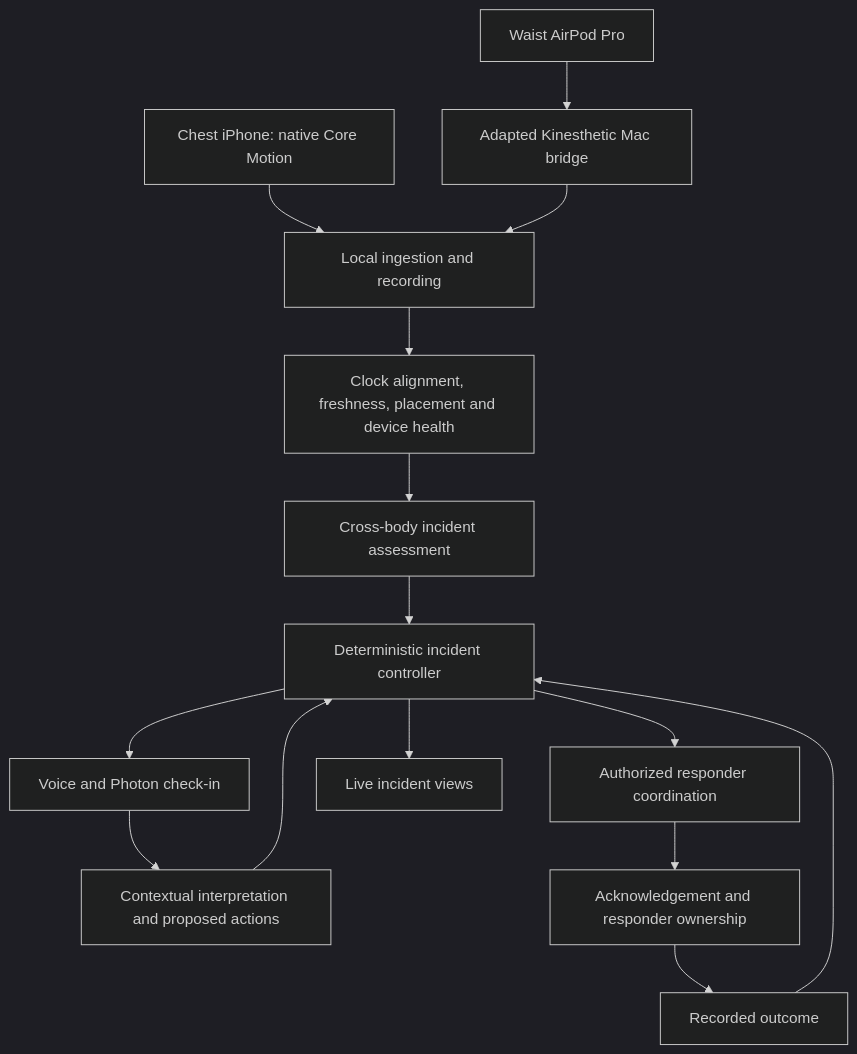
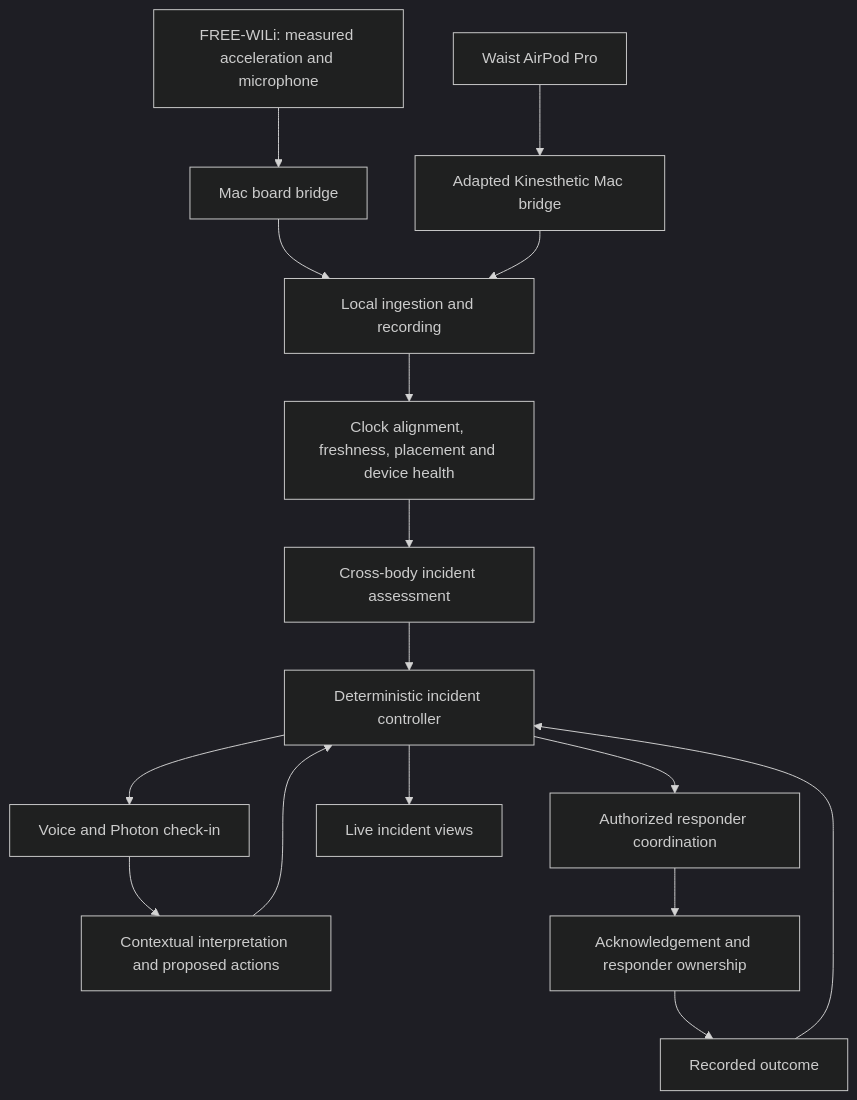
Before and after one commit to Taz33m/mhacks: the diagram in docs/LIFELINE-reference-architecture.md, drawn with Mermaid (dark theme). The commit also changed other lines of this file and 5 other files, not shown here.

Commit message:
docs: plan FREE-WILi migration and structured patient records

````diff
--- a/docs/LIFELINE-reference-architecture.md
+++ b/docs/LIFELINE-reference-architecture.md
@@ -32,17 +32,18 @@
 ```mermaid
 flowchart TD
-    Phone[Chest iPhone: native Core Motion] --> Edge[Local ingestion and recording]
+    Wili[FREE-WILi: measured acceleration and microphone] --> DeviceBridge[Mac board bridge]
+    DeviceBridge --> Edge[Local ingestion and recording]
     Bud[Waist AirPod Pro] --> Bridge[Adapted Kinesthetic Mac bridge]
     Bridge --> Edge
     Edge --> Alignment[Clock alignment, freshness, placement and device health]
     Alignment --> Assessment[Cross-body incident assessment]
     Assessment --> Controller[Deterministic incident controller]
     Controller --> Verify[Voice and Photon check-in]
     Verify --> Interpretation[Contextual interpretation and proposed actions]
     Interpretation --> Controller
     Controller --> Actions[Authorized responder coordination]
     Actions --> Ownership[Acknowledgement and responder ownership]
     Ownership --> Outcome[Recorded outcome]
     Outcome --> Controller
     Controller --> Views[Live incident views]
 ```
````
